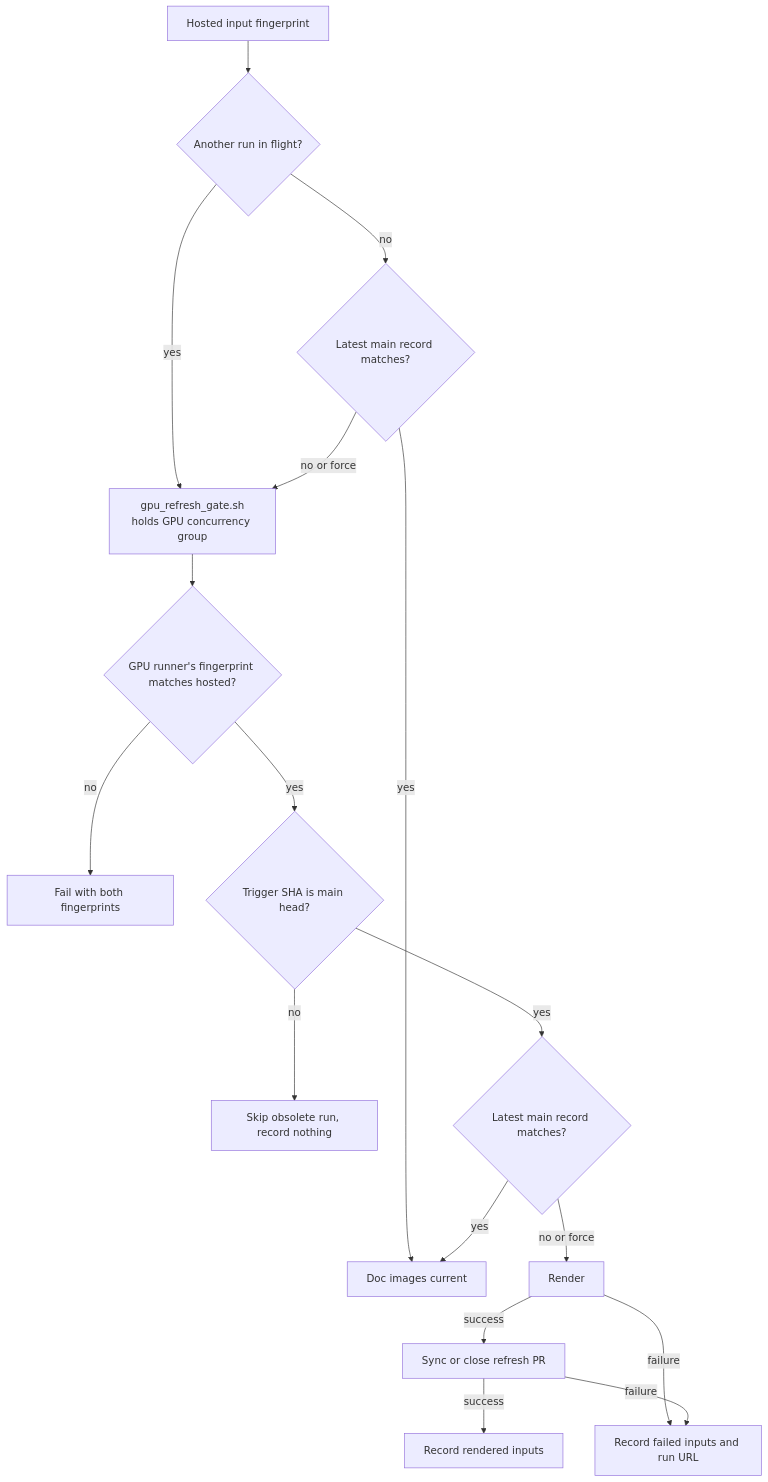
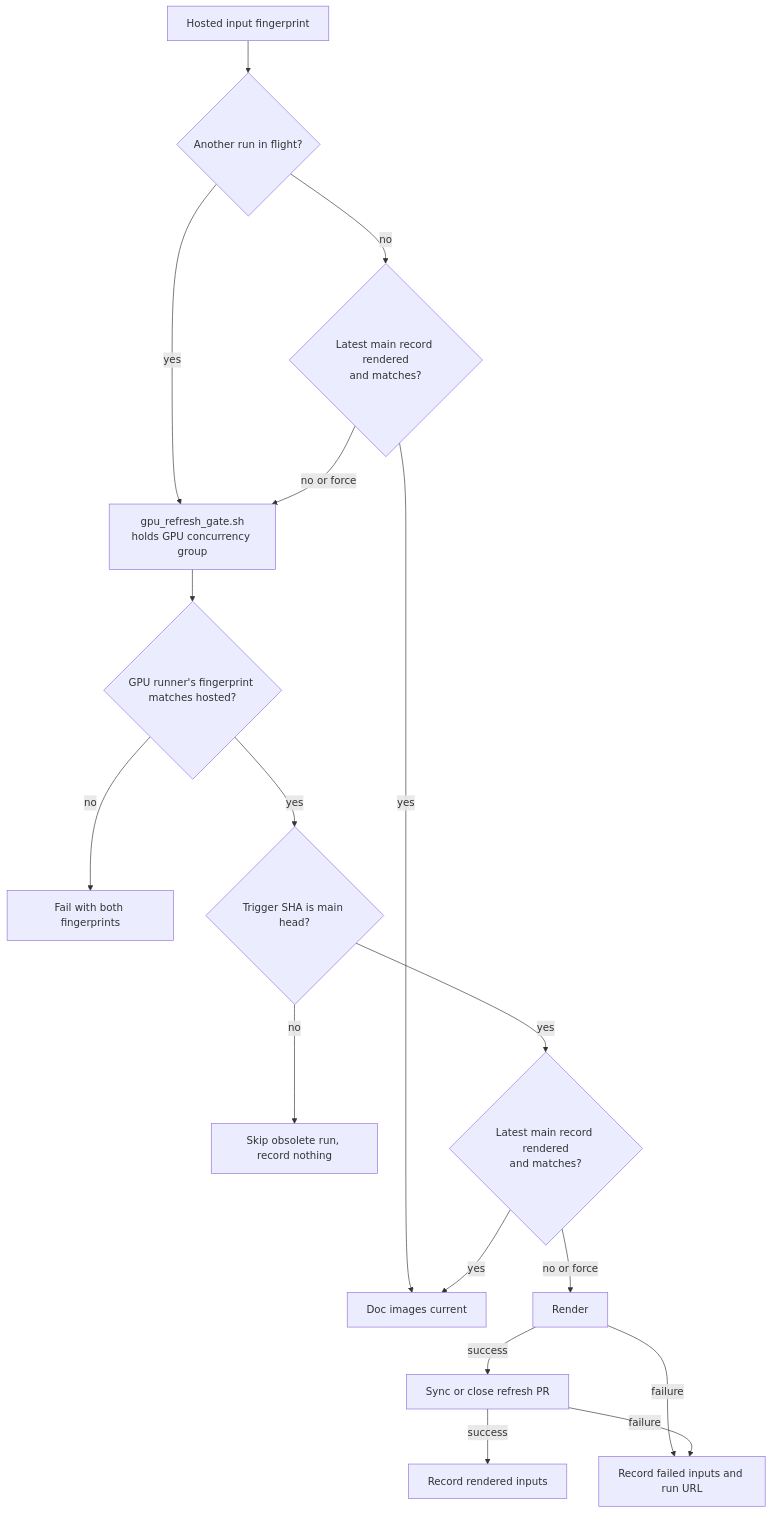
The first of 3 diagrams in docs/tools/Render-Harness.md (jose-villegas/autana), drawn with Mermaid before and after one commit. The commit also changed other lines of this file and 5 other files, not shown here.

Commit message:
ci: GPU doc images render again after a failed record; API lookups retry (jl8k)

````diff
--- a/docs/tools/Render-Harness.md
+++ b/docs/tools/Render-Harness.md
@@ -177,19 +181,19 @@
 ```mermaid
 flowchart TD
     Fingerprint["Hosted input fingerprint"] --> Flight{"Another run in flight?"}
     Flight -->|yes| Refresh
-    Flight -->|no| Latest{"Latest main record matches?"}
+    Flight -->|no| Latest{"Latest main record rendered<br/>and matches?"}
     Latest -->|yes| Skip["Doc images current"]
     Latest -->|no or force| Refresh["gpu_refresh_gate.sh<br/>holds GPU concurrency group"]
     Refresh --> Check{"GPU runner's fingerprint matches hosted?"}
     Check -->|no| Error["Fail with both fingerprints"]
     Check -->|yes| Head{"Trigger SHA is main head?"}
     Head -->|no| Obsolete["Skip obsolete run, record nothing"]
-    Head -->|yes| Again{"Latest main record matches?"}
+    Head -->|yes| Again{"Latest main record rendered<br/>and matches?"}
     Again -->|yes| Skip
     Again -->|no or force| Render["Render"]
     Render -->|success| Publish["Sync or close refresh PR"]
     Publish -->|success| Recorded["Record rendered inputs"]
     Render -->|failure| Failed["Record failed inputs and run URL"]
     Publish -->|failure| Failed
 ```
````
